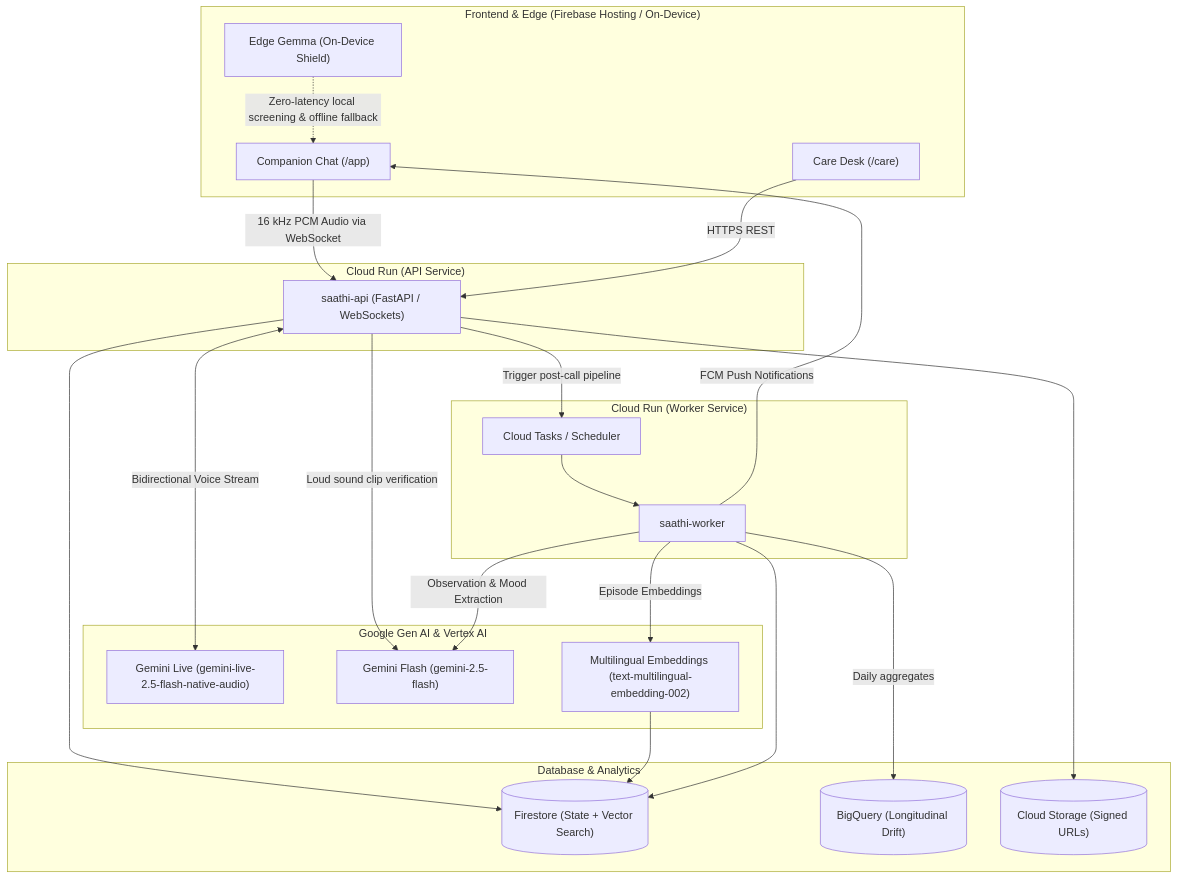
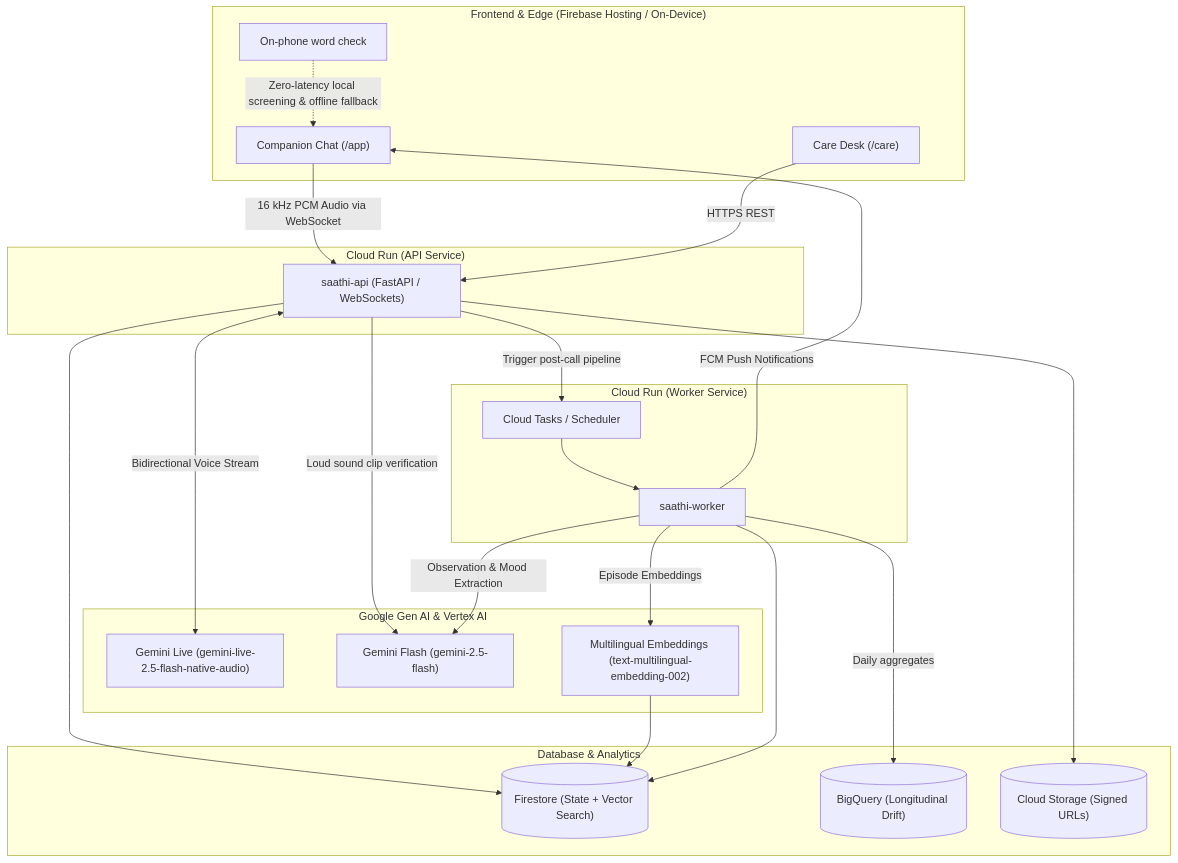
The diagram in docs/PROJECT_OVERVIEW.md (srushtipatil09/AI_Builder_Cup_2026), drawn with Mermaid before and after one commit. The commit also changed other lines of this file and 21 other files, not shown here.

First line of the commit message:
feat: enhance MedGemma and Edge Gemma features with new metrics and UI updates

````diff
--- a/docs/PROJECT_OVERVIEW.md
+++ b/docs/PROJECT_OVERVIEW.md
@@ -28,45 +28,45 @@
 ```mermaid
 flowchart TD
     subgraph Client ["Frontend & Edge (Firebase Hosting / On-Device)"]
         Chat["Companion Chat (/app)"]
         Desk["Care Desk (/care)"]
-        EdgeGemma["Edge Gemma (On-Device Shield)"]
+        EdgeGemma["On-phone word check"]
     end
 
     subgraph Ingestion ["Cloud Run (API Service)"]
         API["saathi-api (FastAPI / WebSockets)"]
     end
 
     subgraph GenAI ["Google Gen AI & Vertex AI"]
         Live["Gemini Live (gemini-live-2.5-flash-native-audio)"]
         Flash["Gemini Flash (gemini-2.5-flash)"]
         Embed["Multilingual Embeddings (text-multilingual-embedding-002)"]
     end
 
     subgraph Storage ["Database & Analytics"]
         FS[("Firestore (State + Vector Search)")]
         BQ[("BigQuery (Longitudinal Drift)")]
         GCS[("Cloud Storage (Signed URLs)")]
     end
 
     subgraph AsyncWorker ["Cloud Run (Worker Service)"]
         Tasks["Cloud Tasks / Scheduler"]
         Worker["saathi-worker"]
     end
 
     EdgeGemma -.->|Zero-latency local screening & offline fallback| Chat
     Chat -->|16 kHz PCM Audio via WebSocket| API
     Desk -->|HTTPS REST| API
     API <-->|Bidirectional Voice Stream| Live
     API -->|Loud sound clip verification| Flash
     API --> FS
     API --> GCS
     API -->|Trigger post-call pipeline| Tasks
     Tasks --> Worker
     Worker -->|Observation & Mood Extraction| Flash
     Worker -->|Episode Embeddings| Embed
     Embed --> FS
     Worker --> FS
     Worker -->|Daily aggregates| BQ
     Worker -->|FCM Push Notifications| Chat
 ```
````
